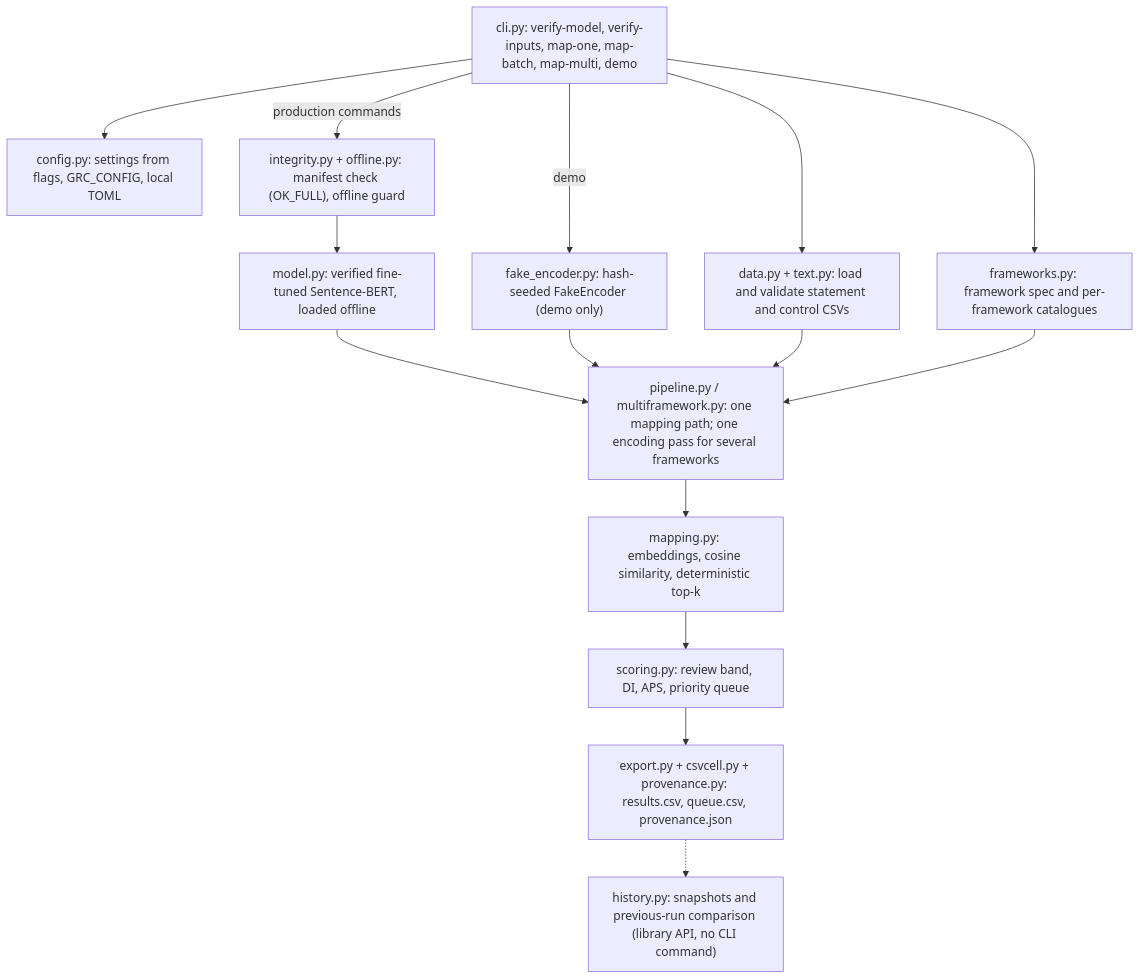
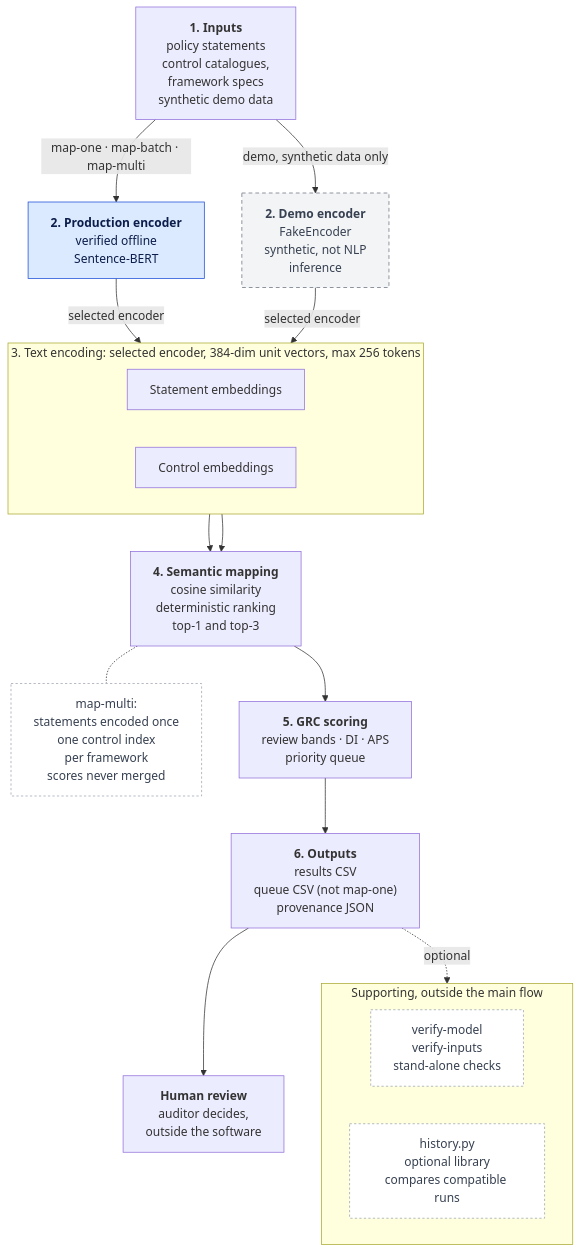
Before and after one commit to KailashChandraSriSatyaDev/GRC-MultiFramework-Compliance-Mapping: the diagram in README.md, drawn with Mermaid. The commit also changed other lines of this file and 1 other file, not shown here.

````diff
--- a/README.md
+++ b/README.md
@@ -138,27 +206,42 @@
 ```mermaid
-flowchart TD
-    CLI["cli.py: verify-model, verify-inputs, map-one, map-batch, map-multi, demo"]
-    CFG["config.py: settings from flags, GRC_CONFIG, local TOML"]
-    DATA["data.py + text.py: load and validate statement and control CSVs"]
-    FW["frameworks.py: framework spec and per-framework catalogues"]
-    INT["integrity.py + offline.py: manifest check (OK_FULL), offline guard"]
-    MODEL["model.py: verified fine-tuned Sentence-BERT, loaded offline"]
-    FAKE["fake_encoder.py: hash-seeded FakeEncoder (demo only)"]
-    MAP["mapping.py: embeddings, cosine similarity, deterministic top-k"]
-    PIPE["pipeline.py / multiframework.py: one mapping path; one encoding pass for several frameworks"]
-    SCORE["scoring.py: review band, DI, APS, priority queue"]
-    OUT["export.py + csvcell.py + provenance.py: results.csv, queue.csv, provenance.json"]
-    HIST["history.py: snapshots and previous-run comparison (library API, no CLI command)"]
+flowchart TB
+    IN["<b>1. Inputs</b><br/>policy statements<br/>control catalogues,<br/>framework specs<br/>synthetic demo data"]
 
-    CLI --> CFG
-    CLI --> DATA
-    CLI --> FW
-    CLI -->|production commands| INT --> MODEL
-    CLI -->|demo| FAKE
-    MODEL --> PIPE
-    FAKE --> PIPE
-    DATA --> PIPE
-    FW --> PIPE
-    PIPE --> MAP --> SCORE --> OUT
-    OUT -.-> HIST
+    PROD["<b>2. Production encoder</b><br/>verified offline<br/>Sentence-BERT"]
+    DEMO["<b>2. Demo encoder</b><br/>FakeEncoder<br/>synthetic, not NLP<br/>inference"]
+
+    subgraph EMB["3. Text encoding: selected encoder, 384-dim unit vectors, max 256 tokens"]
+        direction LR
+        SE["Statement embeddings"]
+        CE["Control embeddings"]
+    end
+
+    MAP["<b>4. Semantic mapping</b><br/>cosine similarity<br/>deterministic ranking<br/>top-1 and top-3"]
+    MM["map-multi:<br/>statements encoded once<br/>one control index<br/>per framework<br/>scores never merged"]
+    SCORE["<b>5. GRC scoring</b><br/>review bands · DI · APS<br/>priority queue"]
+    OUT["<b>6. Outputs</b><br/>results CSV<br/>queue CSV (not map-one)<br/>provenance JSON"]
+    HUMAN["<b>Human review</b><br/>auditor decides,<br/>outside the software"]
+
+    subgraph SUP["Supporting, outside the main flow"]
+        direction LR
+        VER["verify-model<br/>verify-inputs<br/>stand-alone checks"]
+        HIST["history.py<br/>optional library<br/>compares compatible runs"]
+    end
+
+    IN -->|map-one · map-batch · map-multi| PROD
+    IN -->|demo, synthetic data only| DEMO
+    PROD -->|selected encoder| EMB
+    DEMO -->|selected encoder| EMB
+    SE --> MAP
+    CE --> MAP
+    MAP -.- MM
+    MAP --> SCORE --> OUT --> HUMAN
+    OUT -.->|optional| HIST
+
+    classDef prod fill:#dbeafe,stroke:#1d4ed8,color:#0b1d4a
+    classDef demo fill:#f3f4f6,stroke:#6b7280,stroke-dasharray:5 4,color:#374151
+    classDef side fill:#ffffff,stroke:#9ca3af,stroke-dasharray:3 3,color:#374151
+    class PROD prod
+    class DEMO demo
+    class MM,VER,HIST side
 ```
````
